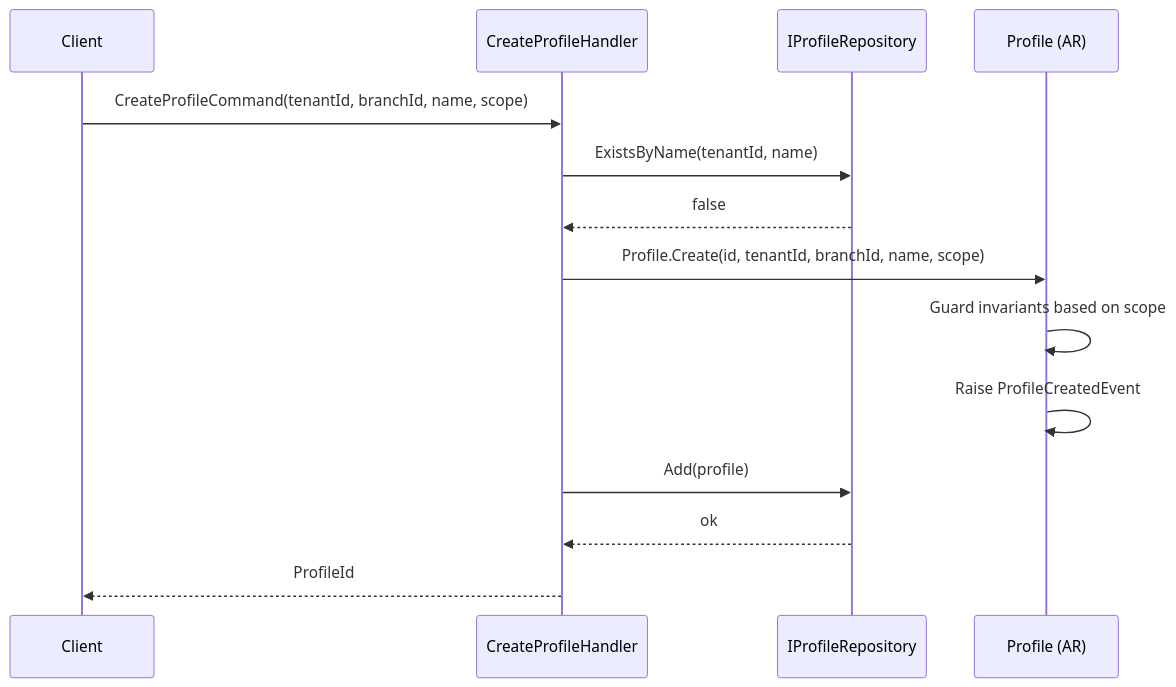
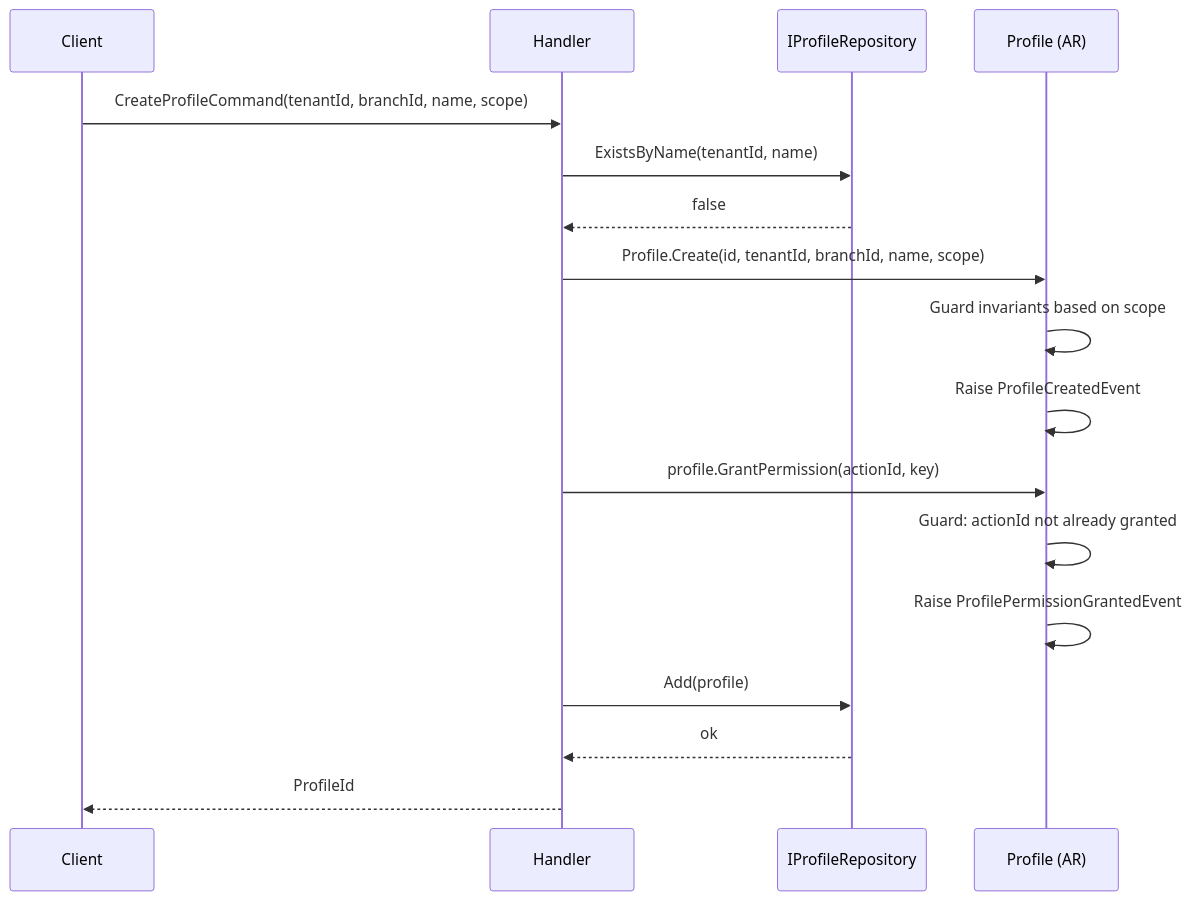
One commit to beyondnetcode/ums changed the second of 3 diagrams in docs/domain/authorization/profile.md. Above: the diagram before and after it, drawn with Mermaid. The commit also changed other lines of this file and 19 other files, not shown here.

````diff
--- a/docs/domain/authorization/profile.md
+++ b/docs/domain/authorization/profile.md
@@ -97,17 +112,20 @@
 ```mermaid
 sequenceDiagram
     participant C as Client
-    participant H as CreateProfileHandler
+    participant H as Handler
     participant R as IProfileRepository
     participant P as Profile (AR)
 
     C->>H: CreateProfileCommand(tenantId, branchId, name, scope)
     H->>R: ExistsByName(tenantId, name)
     R-->>H: false
     H->>P: Profile.Create(id, tenantId, branchId, name, scope)
     P->>P: Guard invariants based on scope
     P->>P: Raise ProfileCreatedEvent
+    H->>P: profile.GrantPermission(actionId, key)
+    P->>P: Guard: actionId not already granted
+    P->>P: Raise ProfilePermissionGrantedEvent
     H->>R: Add(profile)
     R-->>H: ok
     H-->>C: ProfileId
 ```
````
